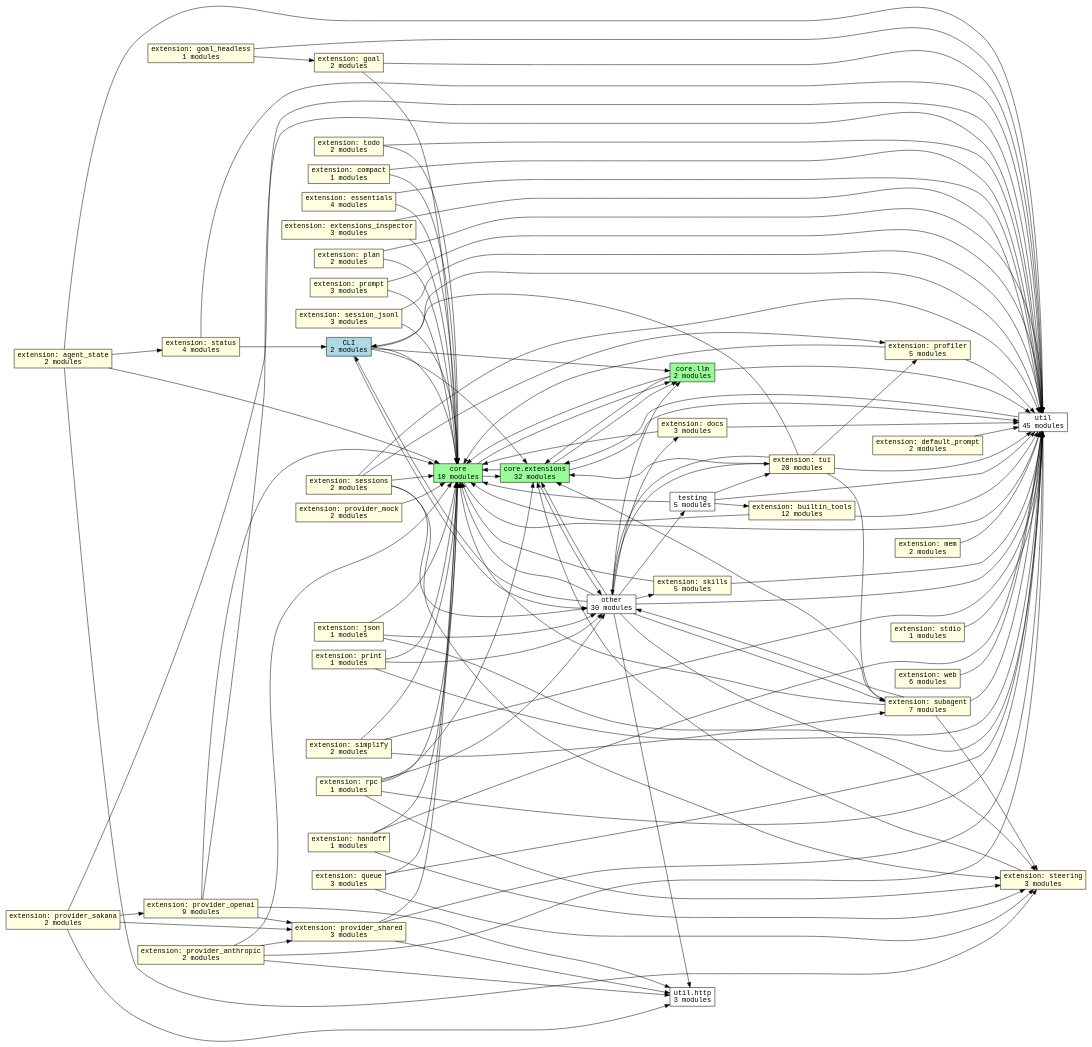
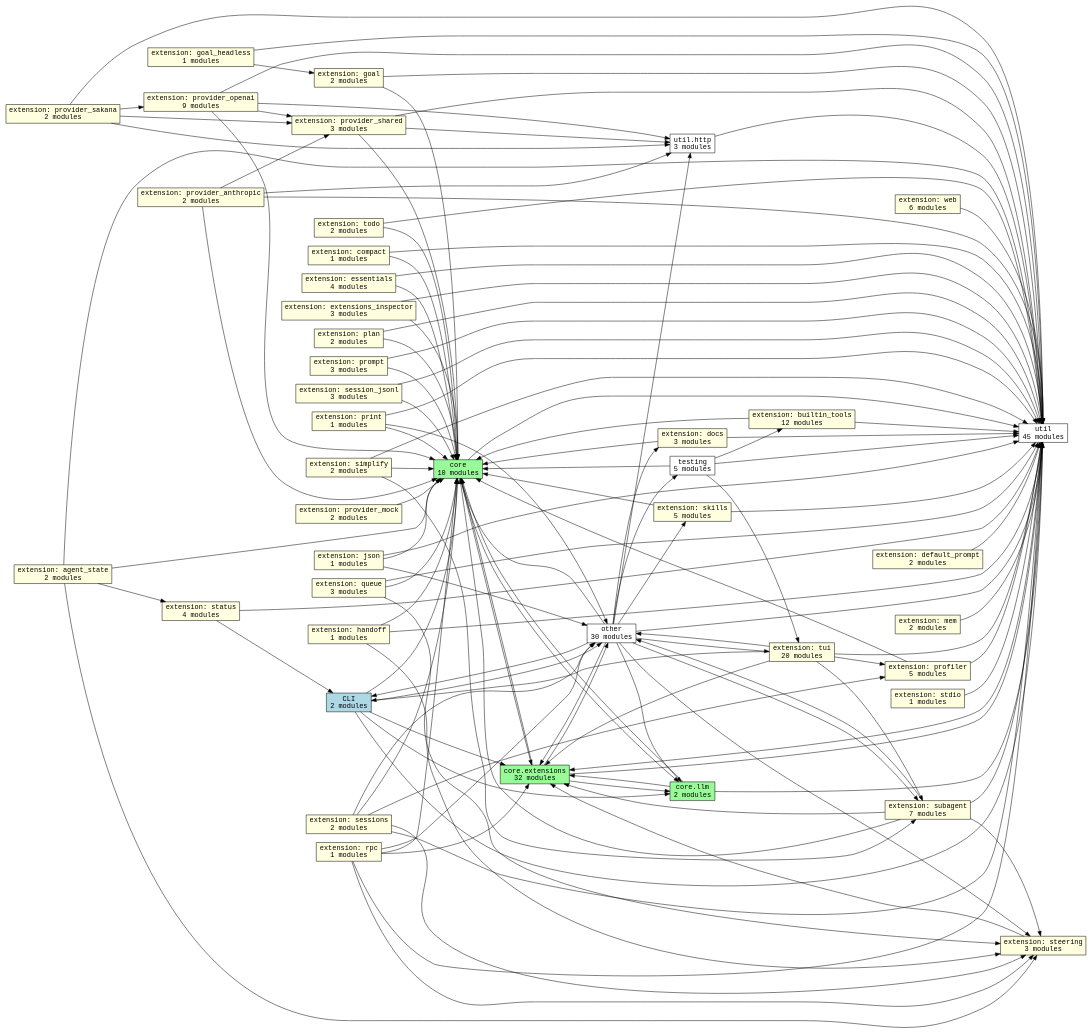
The diagram in docs/graphs/subsystems.dot (acmiyaguchi/fen), drawn with Graphviz before and after one commit. The commit also changed 16 other files, not shown here.

```diff
--- a/docs/graphs/subsystems.dot
+++ b/docs/graphs/subsystems.dot
@@ -1,168 +1,169 @@
 digraph fen_subsystems {
   graph [rankdir=LR];
   node [shape=box, fontname="monospace"];
   edge [fontname="monospace"];
   "cli" [fillcolor="lightblue", label="CLI\n2 modules", style="filled"];
   "core" [fillcolor="palegreen", label="core\n10 modules", style="filled"];
   "core.extensions" [fillcolor="palegreen", label="core.extensions\n32 modules", style="filled"];
   "core.llm" [fillcolor="palegreen", label="core.llm\n2 modules", style="filled"];
   "extension.agent_state" [fillcolor="lightyellow", label="extension: agent_state\n2 modules", style="filled"];
   "extension.builtin_tools" [fillcolor="lightyellow", label="extension: builtin_tools\n12 modules", style="filled"];
   "extension.compact" [fillcolor="lightyellow", label="extension: compact\n1 modules", style="filled"];
   "extension.default_prompt" [fillcolor="lightyellow", label="extension: default_prompt\n2 modules", style="filled"];
   "extension.docs" [fillcolor="lightyellow", label="extension: docs\n3 modules", style="filled"];
   "extension.essentials" [fillcolor="lightyellow", label="extension: essentials\n4 modules", style="filled"];
   "extension.extensions_inspector" [fillcolor="lightyellow", label="extension: extensions_inspector\n3 modules", style="filled"];
   "extension.goal" [fillcolor="lightyellow", label="extension: goal\n2 modules", style="filled"];
   "extension.goal_headless" [fillcolor="lightyellow", label="extension: goal_headless\n1 modules", style="filled"];
   "extension.handoff" [fillcolor="lightyellow", label="extension: handoff\n1 modules", style="filled"];
   "extension.json" [fillcolor="lightyellow", label="extension: json\n1 modules", style="filled"];
   "extension.mem" [fillcolor="lightyellow", label="extension: mem\n2 modules", style="filled"];
   "extension.plan" [fillcolor="lightyellow", label="extension: plan\n2 modules", style="filled"];
   "extension.print" [fillcolor="lightyellow", label="extension: print\n1 modules", style="filled"];
   "extension.profiler" [fillcolor="lightyellow", label="extension: profiler\n5 modules", style="filled"];
   "extension.prompt" [fillcolor="lightyellow", label="extension: prompt\n3 modules", style="filled"];
   "extension.provider_anthropic" [fillcolor="lightyellow", label="extension: provider_anthropic\n2 modules", style="filled"];
   "extension.provider_mock" [fillcolor="lightyellow", label="extension: provider_mock\n2 modules", style="filled"];
   "extension.provider_openai" [fillcolor="lightyellow", label="extension: provider_openai\n9 modules", style="filled"];
   "extension.provider_sakana" [fillcolor="lightyellow", label="extension: provider_sakana\n2 modules", style="filled"];
   "extension.provider_shared" [fillcolor="lightyellow", label="extension: provider_shared\n3 modules", style="filled"];
   "extension.queue" [fillcolor="lightyellow", label="extension: queue\n3 modules", style="filled"];
   "extension.rpc" [fillcolor="lightyellow", label="extension: rpc\n1 modules", style="filled"];
   "extension.session_jsonl" [fillcolor="lightyellow", label="extension: session_jsonl\n3 modules", style="filled"];
   "extension.sessions" [fillcolor="lightyellow", label="extension: sessions\n2 modules", style="filled"];
   "extension.simplify" [fillcolor="lightyellow", label="extension: simplify\n2 modules", style="filled"];
   "extension.skills" [fillcolor="lightyellow", label="extension: skills\n5 modules", style="filled"];
   "extension.status" [fillcolor="lightyellow", label="extension: status\n4 modules", style="filled"];
   "extension.stdio" [fillcolor="lightyellow", label="extension: stdio\n1 modules", style="filled"];
   "extension.steering" [fillcolor="lightyellow", label="extension: steering\n3 modules", style="filled"];
   "extension.subagent" [fillcolor="lightyellow", label="extension: subagent\n7 modules", style="filled"];
   "extension.todo" [fillcolor="lightyellow", label="extension: todo\n2 modules", style="filled"];
   "extension.tui" [fillcolor="lightyellow", label="extension: tui\n20 modules", style="filled"];
   "extension.web" [fillcolor="lightyellow", label="extension: web\n6 modules", style="filled"];
   "other" [fillcolor="white", label="other\n30 modules", style="filled"];
   "testing" [fillcolor="white", label="testing\n5 modules", style="filled"];
   "util" [fillcolor="white", label="util\n45 modules", style="filled"];
   "util.http" [fillcolor="white", label="util.http\n3 modules", style="filled"];
   "cli" -> "core";
   "cli" -> "core.extensions";
   "cli" -> "core.llm";
   "cli" -> "other";
   "cli" -> "util";
   "core" -> "core.extensions";
   "core" -> "core.llm";
   "core" -> "util";
   "core.extensions" -> "core";
   "core.extensions" -> "core.llm";
   "core.extensions" -> "other";
   "core.extensions" -> "util";
   "core.llm" -> "core";
   "core.llm" -> "core.extensions";
   "core.llm" -> "util";
   "extension.agent_state" -> "core";
   "extension.agent_state" -> "extension.status";
   "extension.agent_state" -> "extension.steering";
   "extension.agent_state" -> "util";
   "extension.builtin_tools" -> "core";
   "extension.builtin_tools" -> "util";
   "extension.compact" -> "core";
   "extension.compact" -> "util";
   "extension.default_prompt" -> "util";
   "extension.docs" -> "core";
   "extension.docs" -> "util";
   "extension.essentials" -> "core";
   "extension.essentials" -> "util";
   "extension.extensions_inspector" -> "core";
   "extension.extensions_inspector" -> "util";
   "extension.goal" -> "core";
   "extension.goal" -> "util";
   "extension.goal_headless" -> "extension.goal";
   "extension.goal_headless" -> "util";
   "extension.handoff" -> "core";
   "extension.handoff" -> "extension.steering";
   "extension.handoff" -> "util";
   "extension.json" -> "core";
   "extension.json" -> "other";
   "extension.json" -> "util";
   "extension.mem" -> "util";
   "extension.plan" -> "core";
   "extension.plan" -> "util";
   "extension.print" -> "core";
   "extension.print" -> "other";
   "extension.print" -> "util";
   "extension.profiler" -> "core";
   "extension.profiler" -> "util";
   "extension.prompt" -> "core";
   "extension.prompt" -> "util";
   "extension.provider_anthropic" -> "core";
   "extension.provider_anthropic" -> "extension.provider_shared";
   "extension.provider_anthropic" -> "util";
   "extension.provider_anthropic" -> "util.http";
   "extension.provider_mock" -> "core";
   "extension.provider_openai" -> "core";
   "extension.provider_openai" -> "extension.provider_shared";
   "extension.provider_openai" -> "util";
   "extension.provider_openai" -> "util.http";
   "extension.provider_sakana" -> "extension.provider_openai";
   "extension.provider_sakana" -> "extension.provider_shared";
   "extension.provider_sakana" -> "util";
   "extension.provider_sakana" -> "util.http";
   "extension.provider_shared" -> "core";
   "extension.provider_shared" -> "util";
   "extension.provider_shared" -> "util.http";
   "extension.queue" -> "core";
   "extension.queue" -> "extension.steering";
   "extension.queue" -> "util";
   "extension.rpc" -> "core";
   "extension.rpc" -> "core.extensions";
   "extension.rpc" -> "extension.steering";
   "extension.rpc" -> "other";
   "extension.rpc" -> "util";
   "extension.session_jsonl" -> "core";
   "extension.session_jsonl" -> "util";
   "extension.sessions" -> "core";
   "extension.sessions" -> "extension.profiler";
   "extension.sessions" -> "extension.steering";
   "extension.sessions" -> "other";
   "extension.sessions" -> "util";
   "extension.simplify" -> "core";
   "extension.simplify" -> "extension.subagent";
   "extension.simplify" -> "util";
   "extension.skills" -> "core";
   "extension.skills" -> "util";
   "extension.status" -> "cli";
   "extension.status" -> "util";
   "extension.stdio" -> "util";
   "extension.steering" -> "core.extensions";
   "extension.subagent" -> "core";
   "extension.subagent" -> "core.extensions";
   "extension.subagent" -> "extension.steering";
   "extension.subagent" -> "other";
   "extension.subagent" -> "util";
   "extension.todo" -> "core";
   "extension.todo" -> "util";
   "extension.tui" -> "cli";
   "extension.tui" -> "core.extensions";
   "extension.tui" -> "extension.profiler";
   "extension.tui" -> "extension.subagent";
   "extension.tui" -> "other";
   "extension.tui" -> "util";
   "extension.web" -> "util";
   "other" -> "cli";
   "other" -> "core";
   "other" -> "core.extensions";
   "other" -> "core.llm";
   "other" -> "extension.docs";
   "other" -> "extension.skills";
   "other" -> "extension.steering";
   "other" -> "extension.subagent";
   "other" -> "extension.tui";
   "other" -> "testing";
   "other" -> "util";
   "other" -> "util.http";
   "testing" -> "core";
   "testing" -> "extension.builtin_tools";
   "testing" -> "extension.tui";
   "testing" -> "util";
   "util" -> "core.extensions";
+  "util.http" -> "util";
 }
```
